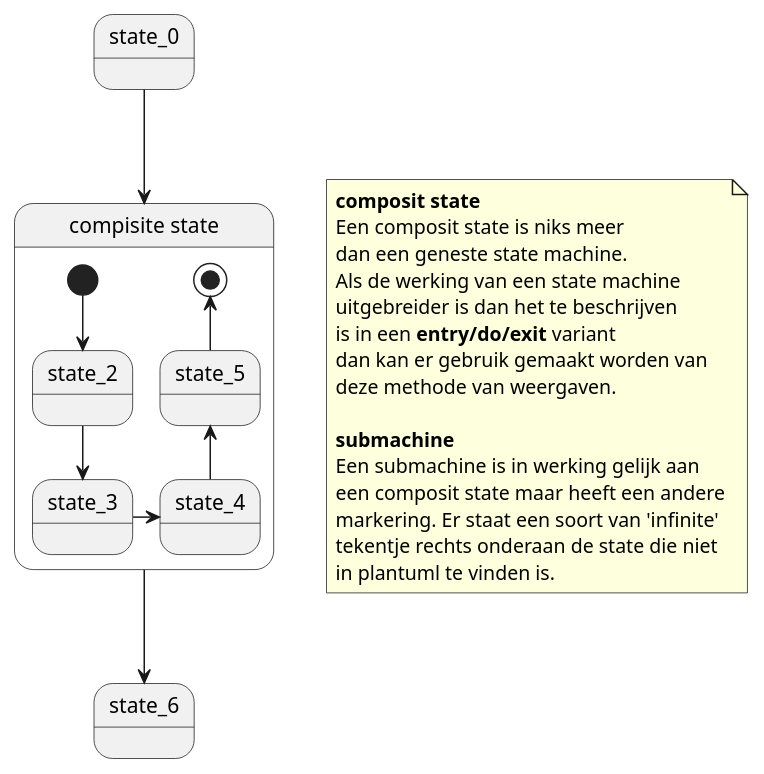
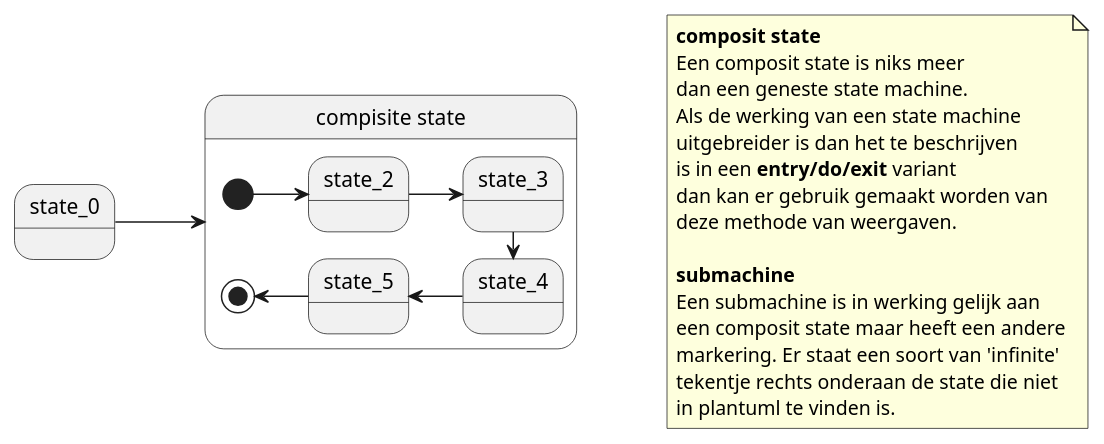
The diagram in plantuml/state/composite_state.puml (LukevLuijn/cheat_sheet_osm_mo), drawn with PlantUML before and after one commit. The commit also changed 3 other files, not shown here.

```diff
--- a/plantuml/state/composite_state.puml
+++ b/plantuml/state/composite_state.puml
@@ -1,37 +1,36 @@
 @startuml
 'https://plantuml.com/state-diagram
 
-'left to right direction
+left to right direction
 
 state_0 --> state_1
-state_1 --> state_6
 
 state state_1 as "compisite state"{
     [*] --> state_2
     state_2 --> state_3
     state_3 -right-> state_4
     state_4 -up-> state_5
     state_5 -up-> [*]
 }
 
 note as n1
     **composit state**
     Een composit state is niks meer
     dan een geneste state machine.
     Als de werking van een state machine
     uitgebreider is dan het te beschrijven
     is in een **entry/do/exit** variant
     dan kan er gebruik gemaakt worden van
     deze methode van weergaven.
 
     **submachine**
     Een submachine is in werking gelijk aan
     een composit state maar heeft een andere
     markering. Er staat een soort van 'infinite'
     tekentje rechts onderaan de state die niet
     in plantuml te vinden is.
 end note
 
-n1 -[hidden]left-> state_1
-n1 -[hidden]left-> state_1
+n1 -[hidden]up-> state_1
+n1 -[hidden]up-> state_1
 @enduml
```
